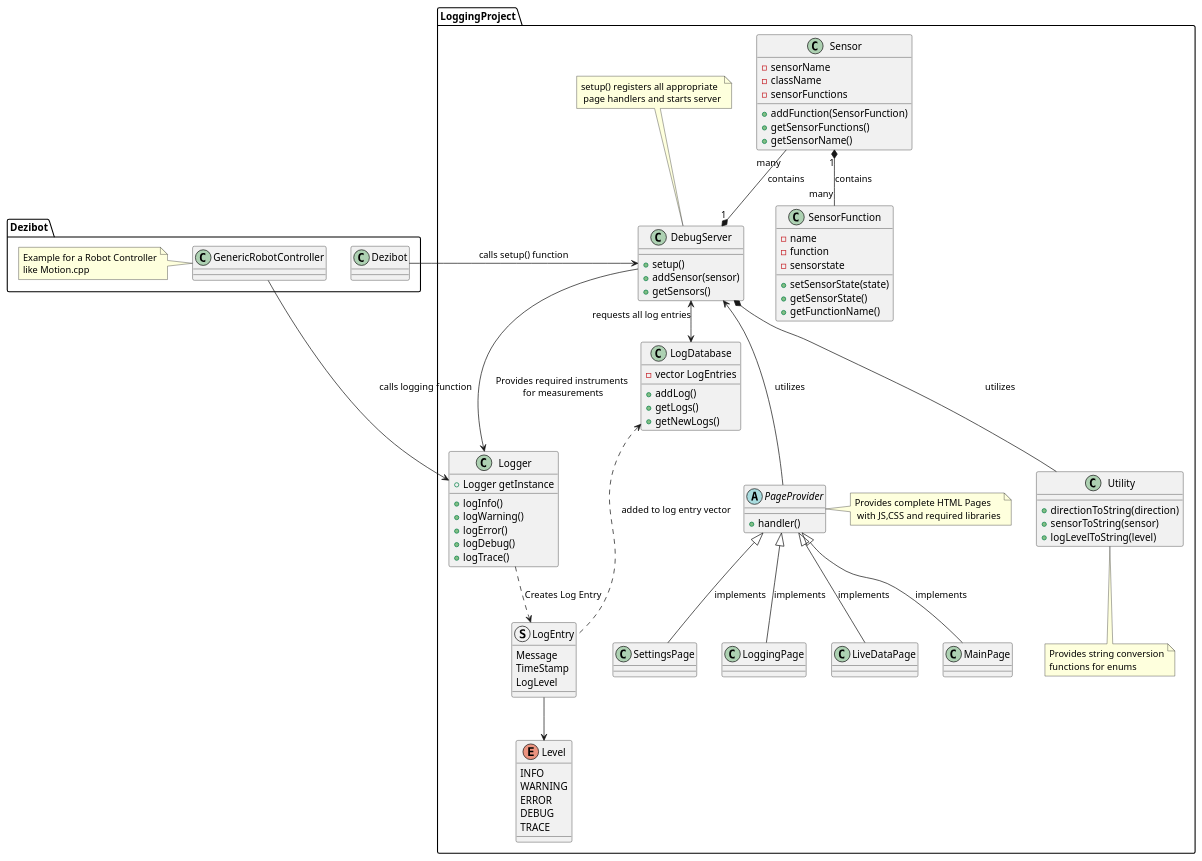
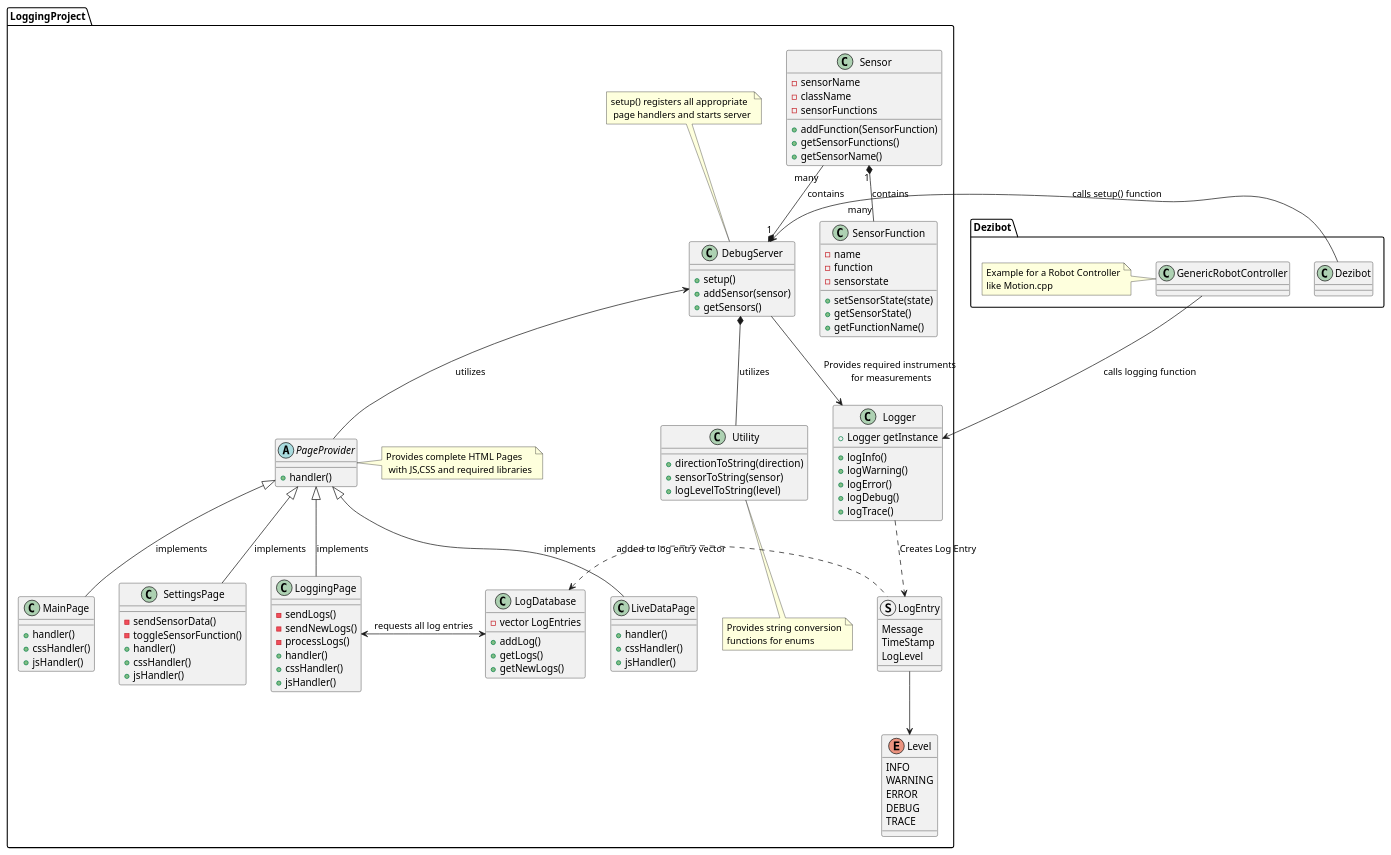
One commit to Tim-Dietrich/dezibot-logging changed the diagram in docs/ProjectStructure.puml. Above: the diagram before and after it, drawn with PlantUML.

Commit message:
added functions to webpage classes, corrected request to LogDatabase

```diff
--- a/docs/ProjectStructure.puml
+++ b/docs/ProjectStructure.puml
@@ -1,116 +1,140 @@
 @startuml
 'https://plantuml.com/class-diagram
 
 Package LoggingProject {
-    DebugServer <-> LogDatabase : requests all log entries
+    LoggingPage <-> LogDatabase : requests all log entries
 
     class DebugServer {
         + setup()
         + addSensor(sensor)
         + getSensors()
     }
 
     Note top of DebugServer : setup() registers all appropriate\n page handlers and starts server
 
     DebugServer <-- PageProvider : "utilizes"
 
     abstract PageProvider {
         + handler()
     }
 
     LoggingPage -up-|> PageProvider : implements
     LiveDataPage -up-|> PageProvider : implements
     MainPage -up-|> PageProvider : implements
     SettingsPage -up-|> PageProvider : implements
 
-    class LoggingPage {}
-    class LiveDataPage {}
-    class MainPage {}
-    class SettingsPage {}
+    class LoggingPage {
+        - sendLogs()
+        - sendNewLogs()
+        - processLogs()
+        + handler()
+        + cssHandler()
+        + jsHandler()
+    }
+
+    class LiveDataPage {
+        + handler()
+        + cssHandler()
+        + jsHandler()
+    }
+
+    class MainPage {
+        + handler()
+        + cssHandler()
+        + jsHandler()
+    }
+
+    class SettingsPage {
+        - sendSensorData()
+        - toggleSensorFunction()
+        + handler()
+        + cssHandler()
+        + jsHandler()
+    }
 
     Note right of PageProvider : Provides complete HTML Pages\n with JS,CSS and required libraries
 
     class Sensor {
         - sensorName
         - className
         - sensorFunctions
         + addFunction(SensorFunction)
         + getSensorFunctions()
         + getSensorName()
     }
 
     class SensorFunction {
         - name
         - function
         - sensorstate
         + setSensorState(state)
         + getSensorState()
         + getFunctionName()
     }
 
     DebugServer "1" *-up- "many" Sensor : "contains"
     Sensor "1" *-- "many" SensorFunction : "contains"
 
     class Utility {
         + directionToString(direction)
         + sensorToString(sensor)
         + logLevelToString(level)
     }
     DebugServer *-- Utility : "utilizes"
     Note bottom of Utility : Provides string conversion\nfunctions for enums
 
     struct LogEntry {
         Message
         TimeStamp
         LogLevel
     }
 
     enum Level {
         INFO
         WARNING
         ERROR
         DEBUG
         TRACE
     }
 
     LogEntry -d-> Level
 
     LogEntry .left-> LogDatabase : added to log entry vector
 
     class Logger {
         + Logger getInstance
         + logInfo()
         + logWarning()
         + logError()
         + logDebug()
         + logTrace()
     }
 
     Logger .-> LogEntry : Creates Log Entry
 
     DebugServer --> Logger : Provides required instruments\n for measurements
 
     class LogDatabase {
         - vector LogEntries
         + addLog()
         + getLogs()
         + getNewLogs()
     }
 }
 
 Package Dezibot {
     Dezibot -right-> DebugServer : calls setup() function
     class Dezibot {}
 
     GenericRobotController --> Logger : calls logging function
 
     class GenericRobotController {
 
     }
 
     Note left of GenericRobotController : Example for a Robot Controller\nlike Motion.cpp
 }
 
 
 
 @enduml
```
